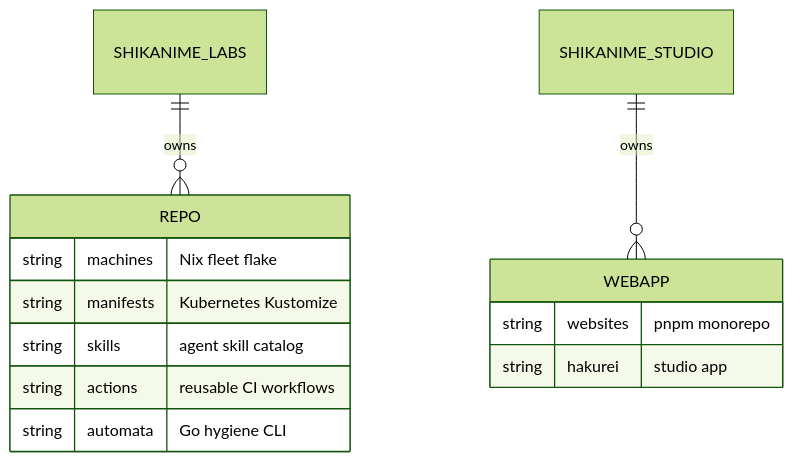
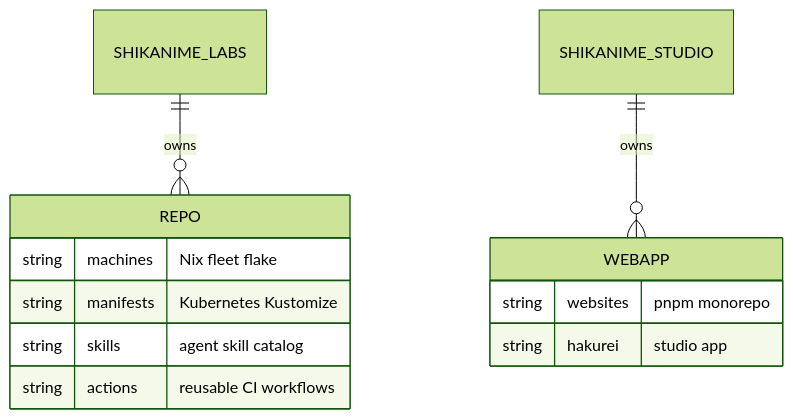
Before and after one commit to shikanime-studio/websites: the first of 2 diagrams in apps/docs/docs/platform/overview.md, drawn with Mermaid (forest theme). The commit also changed other lines of this file and 3 other files, not shown here.

First line of the commit message:
Remove retired automata Go CLI from docs

````diff
--- a/apps/docs/docs/platform/overview.md
+++ b/apps/docs/docs/platform/overview.md
@@ -24,16 +24,15 @@
 ```mermaid
 erDiagram
   SHIKANIME_LABS ||--o{ REPO : owns
   SHIKANIME_STUDIO ||--o{ WEBAPP : owns
   REPO {
     string machines "Nix fleet flake"
     string manifests "Kubernetes Kustomize"
     string skills "agent skill catalog"
     string actions "reusable CI workflows"
-    string automata "Go hygiene CLI"
   }
   WEBAPP {
     string websites "pnpm monorepo"
     string hakurei "studio app"
   }
 ```
````
